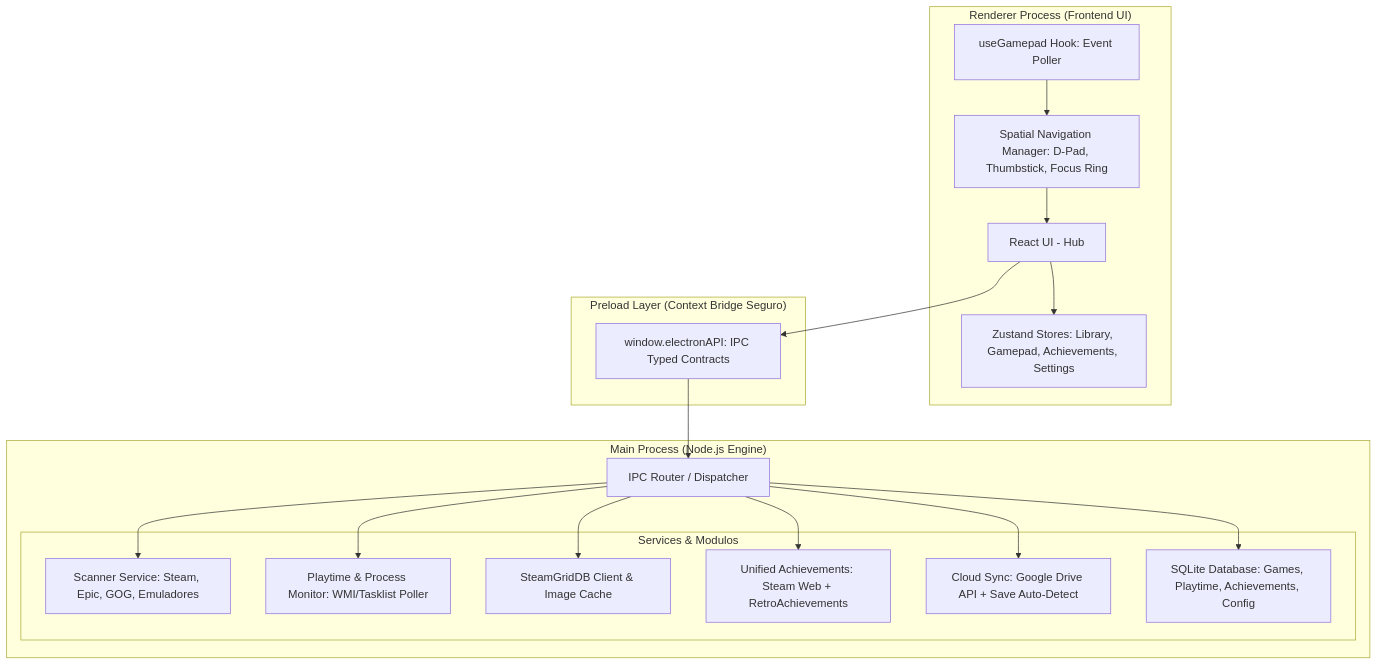
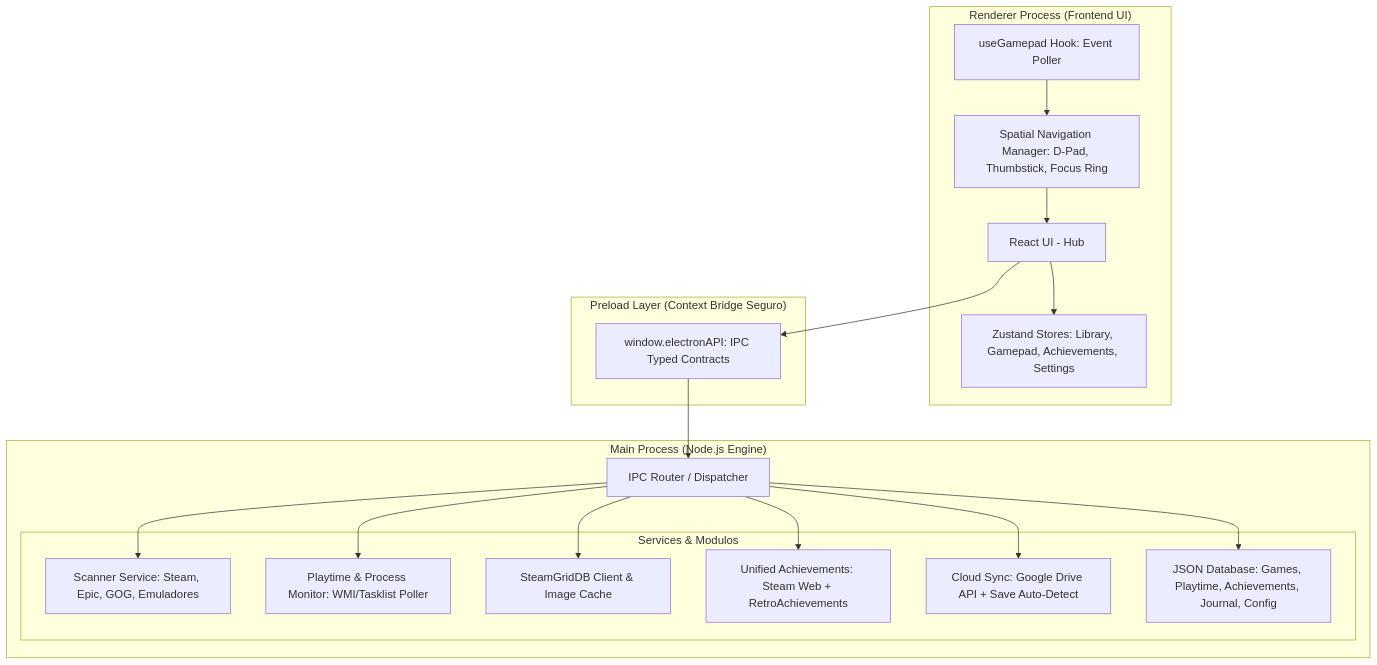
The diagram in ARCHITECTURE.md (yungloof/Lazulium), drawn with Mermaid before and after one commit. The commit also changed other lines of this file and 3 other files, not shown here.

````diff
--- a/ARCHITECTURE.md
+++ b/ARCHITECTURE.md
@@ -27,40 +27,40 @@
 ```mermaid
 graph TD
     subgraph "Renderer Process (Frontend UI)"
         UI[React UI - Hub]
         Zustand[Zustand Stores: Library, Gamepad, Achievements, Settings]
         SpatialNav[Spatial Navigation Manager: D-Pad, Thumbstick, Focus Ring]
         GamepadHook[useGamepad Hook: Event Poller]
         
         UI --> Zustand
         SpatialNav --> UI
         GamepadHook --> SpatialNav
     end
 
     subgraph "Preload Layer (Context Bridge Seguro)"
         Bridge[window.electronAPI: IPC Typed Contracts]
     end
 
     subgraph "Main Process (Node.js Engine)"
         IPCDispatcher[IPC Router / Dispatcher]
         
         subgraph "Services & Modulos"
             ScannerService[Scanner Service: Steam, Epic, GOG, Emuladores]
             ProcessTracker[Playtime & Process Monitor: WMI/Tasklist Poller]
             MetadataService[SteamGridDB Client & Image Cache]
             AchievementsService[Unified Achievements: Steam Web + RetroAchievements]
             CloudSyncService[Cloud Sync: Google Drive API + Save Auto-Detect]
-            DatabaseService[SQLite Database: Games, Playtime, Achievements, Config]
+            DatabaseService[JSON Database: Games, Playtime, Achievements, Journal, Config]
         end
         
         IPCDispatcher --> ScannerService
         IPCDispatcher --> ProcessTracker
         IPCDispatcher --> MetadataService
         IPCDispatcher --> AchievementsService
         IPCDispatcher --> CloudSyncService
         IPCDispatcher --> DatabaseService
     end
 
     UI --> Bridge
     Bridge --> IPCDispatcher
 ```
````
